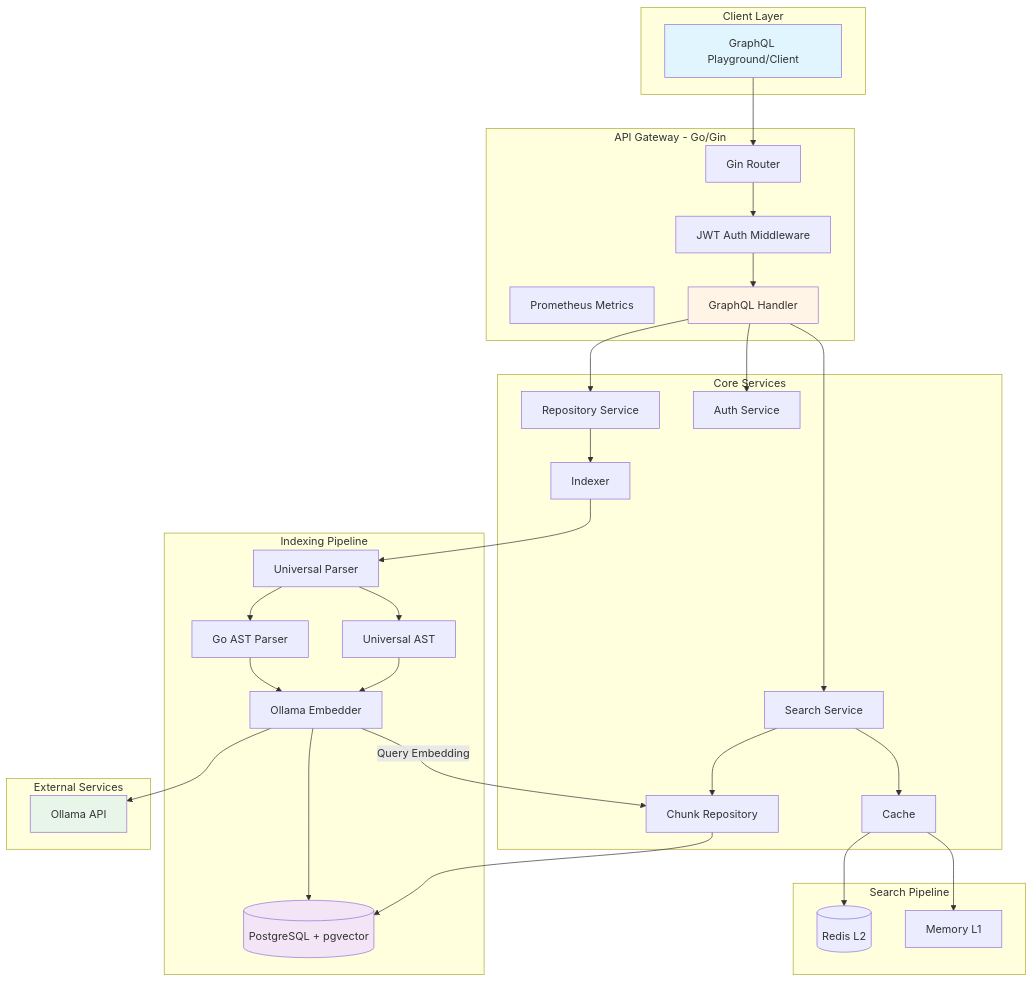
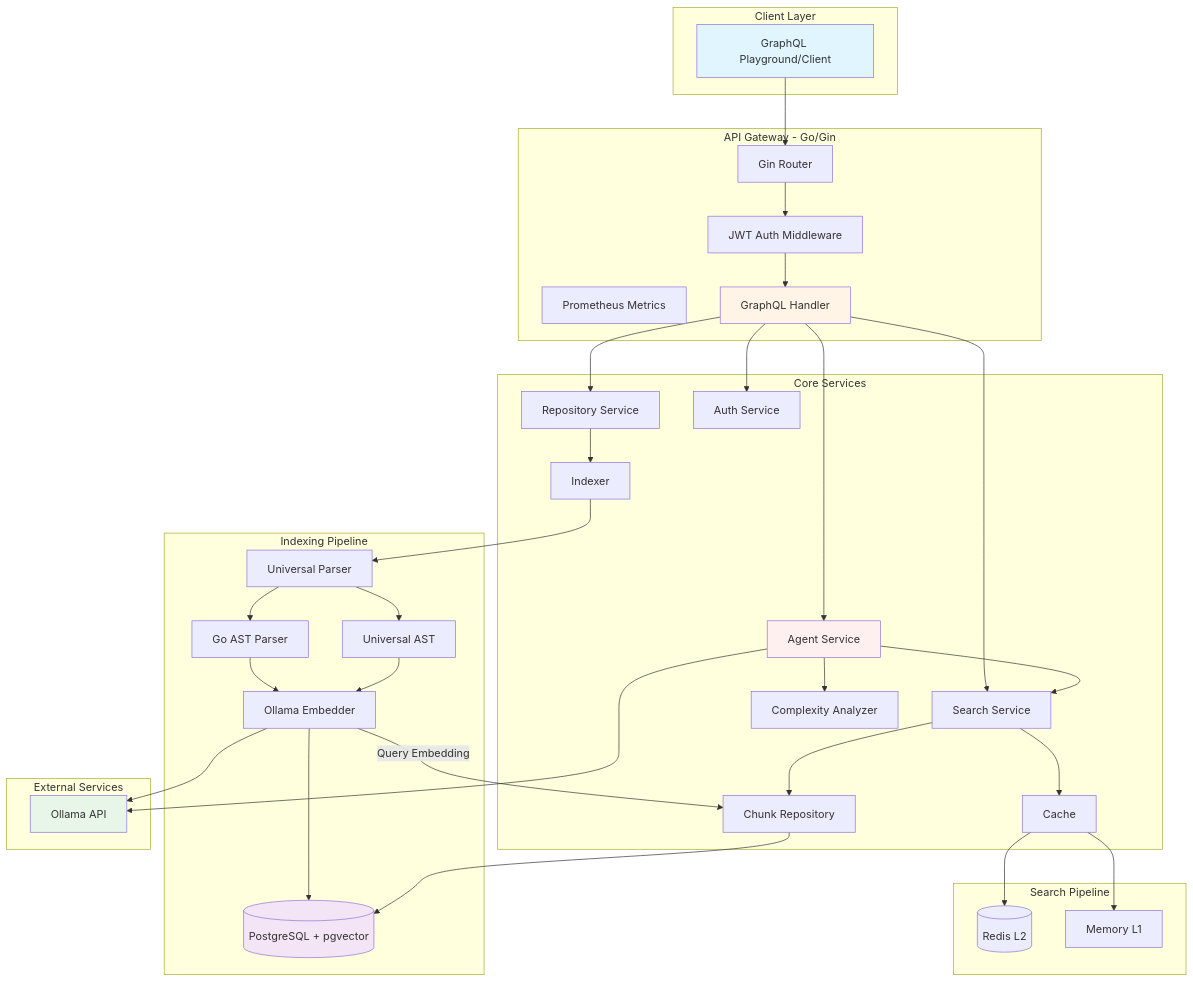
One commit to marw-dev/coderefinery changed the first of 2 diagrams in README.md. Above: the diagram before and after it, drawn with Mermaid. The commit also changed other lines of this file and 44 other files, not shown here.

````diff
--- a/README.md
+++ b/README.md
@@ -7,53 +7,59 @@
 ```mermaid
 graph TB
     subgraph "Client Layer"
         UI[GraphQL Playground/Client]
     end
     
     subgraph "API Gateway - Go/Gin"
         Router[Gin Router]
         Auth[JWT Auth Middleware]
         Metrics[Prometheus Metrics]
         Router --> Auth
         Auth --> GQL[GraphQL Handler]
     end
     
     subgraph "Core Services"
         GQL --> RepoSvc[Repository Service]
         GQL --> SearchSvc[Search Service]
         GQL --> AuthSvc[Auth Service]
+        GQL --> AgentSvc[Agent Service]
         
         RepoSvc --> Indexer
         SearchSvc --> ChunkRepo[Chunk Repository]
         SearchSvc --> Cache
+        
+        AgentSvc --> SearchSvc
+        AgentSvc --> Analyzer[Complexity Analyzer]
     end
     
     subgraph "Indexing Pipeline"
         Indexer --> Parser[Universal Parser]
         Parser --> GoParser[Go AST Parser]
         Parser --> UniversalAST[Universal AST]
         
         GoParser --> Embedder[Ollama Embedder]
         UniversalAST --> Embedder
         
         Embedder --> VectorDB[(PostgreSQL + pgvector)]
     end
     
     subgraph "Search Pipeline"
         ChunkRepo --> VectorDB
         Embedder --> |Query Embedding| ChunkRepo
         Cache --> Redis[(Redis L2)]
         Cache --> Memory[Memory L1]
     end
     
     subgraph "External Services"
         Embedder --> Ollama[Ollama API]
+        AgentSvc --> Ollama
     end
     
     UI --> Router
     
     style UI fill:#e1f5ff
     style GQL fill:#fff4e6
+    style AgentSvc fill:#fff0f0
     style VectorDB fill:#f3e5f5
     style Ollama fill:#e8f5e9
 ```
````
